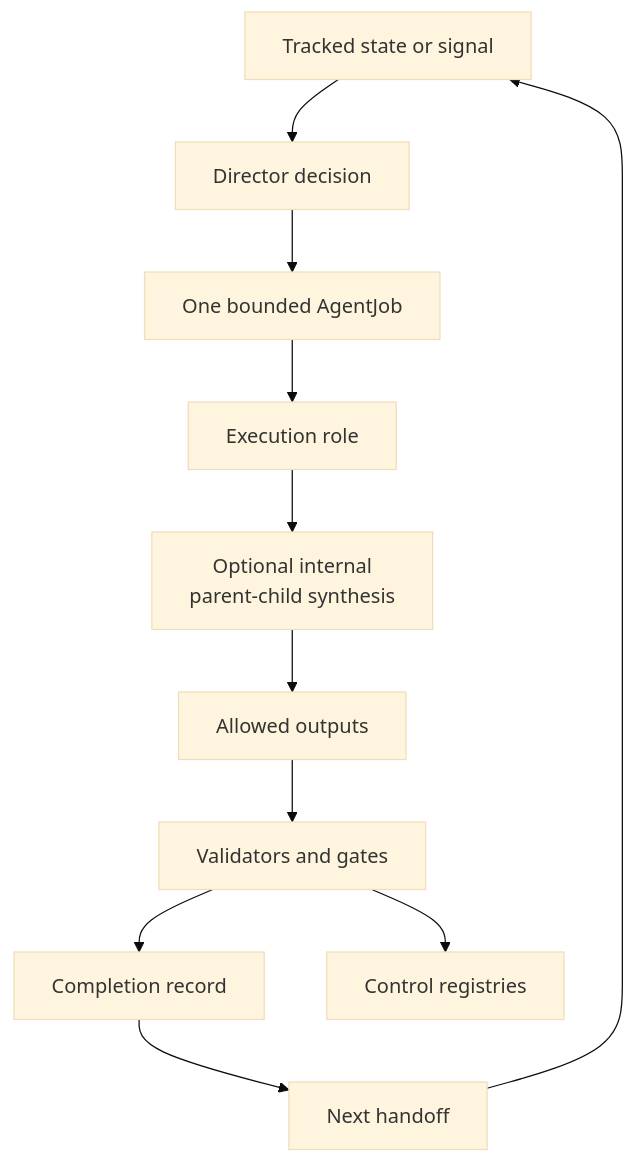
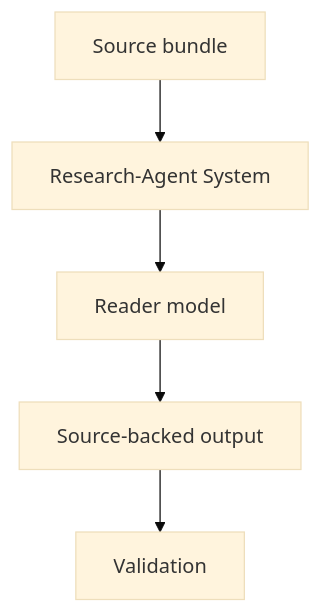
The diagram in github-facing/research-agent-workflow-explainer.md (AngryOwlAI/The-AEther-Flow), drawn with Mermaid (base theme) before and after one commit. The commit also changed other lines of this file and 197 other files, not shown here.

````diff
--- a/github-facing/research-agent-workflow-explainer.md
+++ b/github-facing/research-agent-workflow-explainer.md
@@ -43,13 +16,7 @@
 ```mermaid
 flowchart TD
-  State["Tracked state or signal"] --> Director["Director decision"]
-  Director --> Job["One bounded AgentJob"]
-  Job --> Role["Execution role"]
-  Role --> Decomposition["Optional internal<br/>parent-child synthesis"]
-  Decomposition --> Outputs["Allowed outputs"]
-  Outputs --> Validators["Validators and gates"]
-  Validators --> Completion["Completion record"]
-  Completion --> Handoff["Next handoff"]
-  Handoff --> State
-  Validators --> Registry["Control registries"]
+  A["Source bundle"] --> B["Research-Agent System"]
+  B["Research-Agent System"] --> C["Reader model"]
+  C["Reader model"] --> D["Source-backed output"]
+  D["Source-backed output"] --> E["Validation"]
 ```
````
